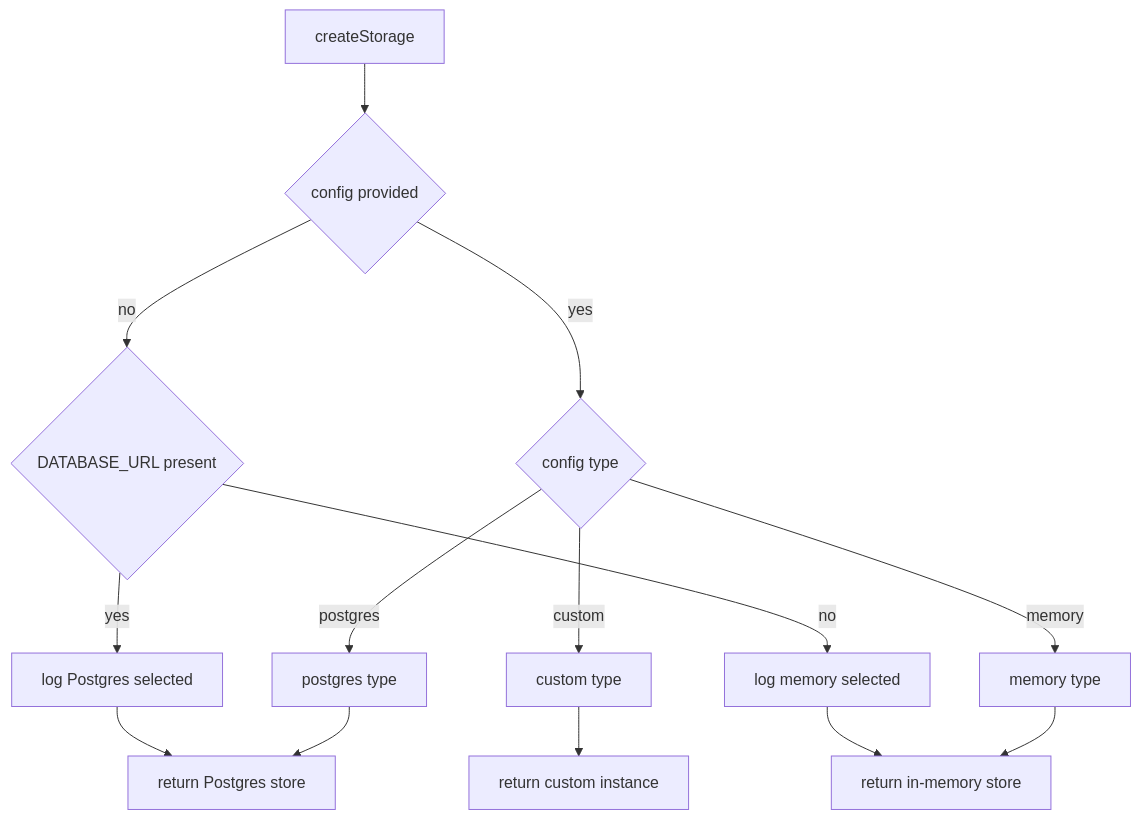
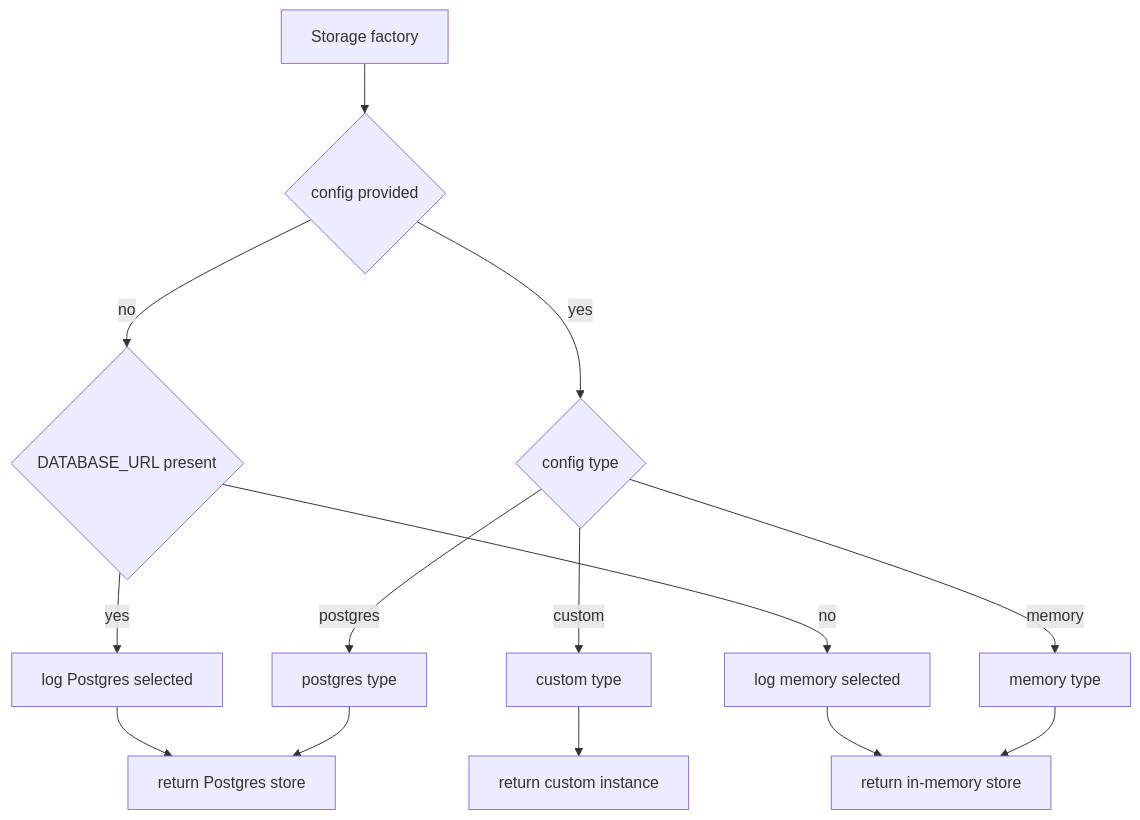
One commit to 1qh/safeagent changed the eighth of 10 diagrams in plan/04-foundation.md. Above: the diagram before and after it, drawn with Mermaid. The commit also changed other lines of this file and 18 other files, not shown here.

````diff
--- a/plan/04-foundation.md
+++ b/plan/04-foundation.md
@@ -619,30 +619,30 @@
 ```mermaid
 flowchart TD
-    STORAGE_START["createStorage"]
+    STORAGE_START["Storage factory"]
     HAS_CONFIG{"config provided"}
     HAS_TYPE{"config type"}
 
     TYPE_POSTGRES["postgres type"]
     TYPE_MEMORY["memory type"]
     TYPE_CUSTOM["custom type"]
 
     AUTO_DETECT{"DATABASE_URL present"}
 
     RESULT_POSTGRES["return Postgres store"]
     RESULT_MEMORY["return in-memory store"]
     RESULT_CUSTOM["return custom instance"]
 
     LOG_POSTGRES["log Postgres selected"]
     LOG_MEMORY["log memory selected"]
 
     STORAGE_START --> HAS_CONFIG
     HAS_CONFIG -->|yes| HAS_TYPE
     HAS_CONFIG -->|no| AUTO_DETECT
 
     HAS_TYPE -->|postgres| TYPE_POSTGRES --> RESULT_POSTGRES
     HAS_TYPE -->|memory| TYPE_MEMORY --> RESULT_MEMORY
     HAS_TYPE -->|custom| TYPE_CUSTOM --> RESULT_CUSTOM
 
     AUTO_DETECT -->|yes| LOG_POSTGRES --> RESULT_POSTGRES
     AUTO_DETECT -->|no| LOG_MEMORY --> RESULT_MEMORY
 ```
````
